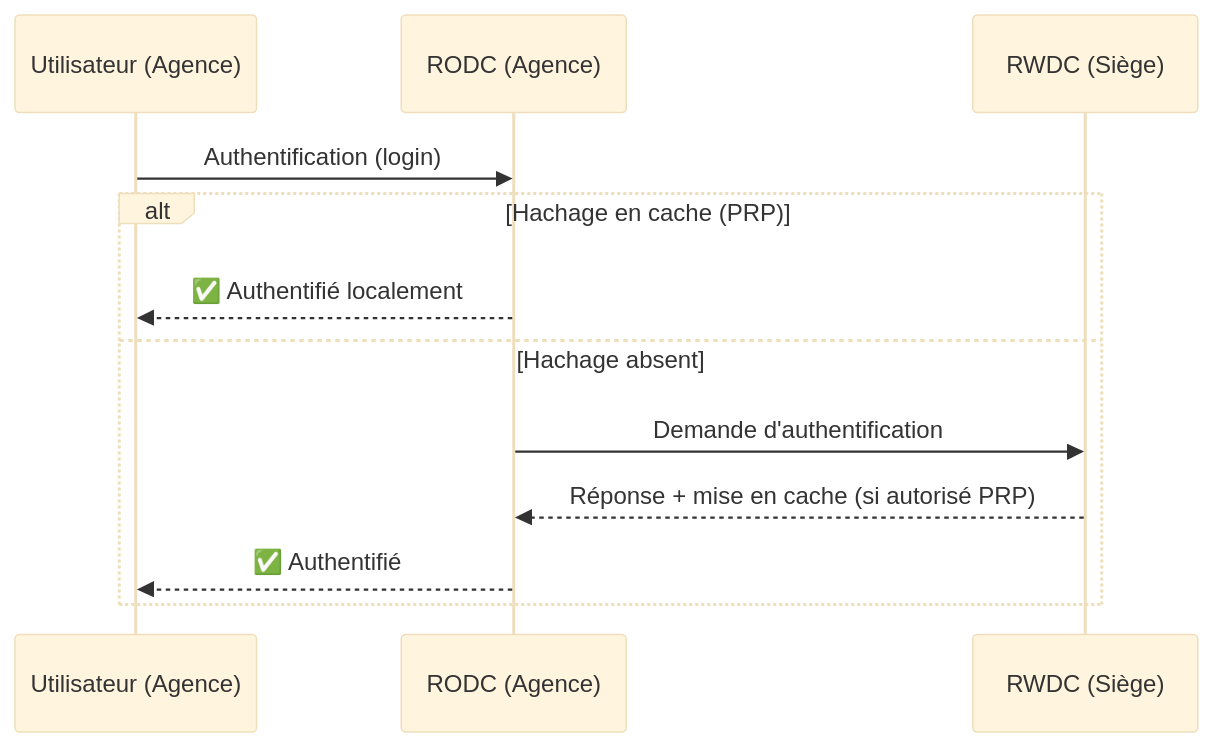
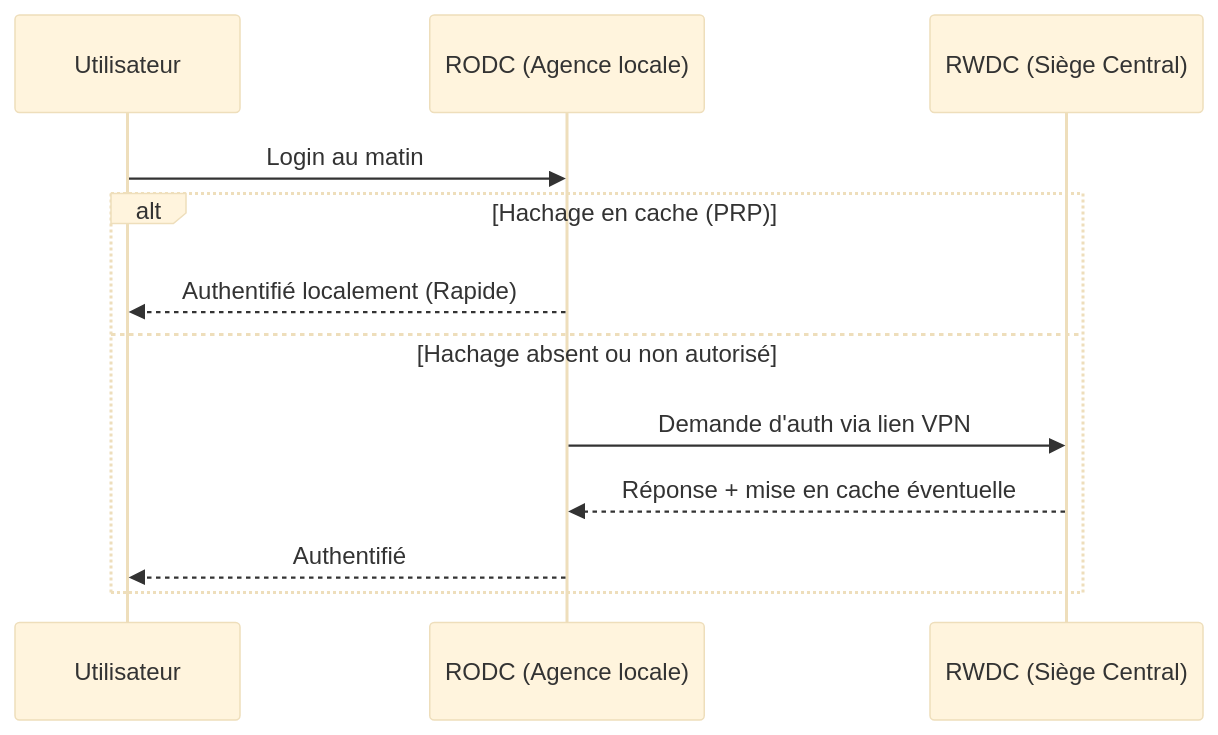
One commit to MontSekai/Documentations changed the diagram in docs/Systeme/OS/ad_types_dc.md. Above: the diagram before and after it, drawn with Mermaid (base theme). The commit also changed other lines of this file and 50 other files, not shown here.

````diff
--- a/docs/Systeme/OS/ad_types_dc.md
+++ b/docs/Systeme/OS/ad_types_dc.md
@@ -41,15 +39,15 @@
 ```mermaid
 sequenceDiagram
-    participant U as Utilisateur (Agence)
-    participant RODC as RODC (Agence)
-    participant RWDC as RWDC (Siège)
+    participant U as Utilisateur
+    participant RODC as RODC (Agence locale)
+    participant RWDC as RWDC (Siège Central)
 
-    U->>RODC: Authentification (login)
+    U->>RODC: Login au matin
     alt Hachage en cache (PRP)
-        RODC-->>U: ✅ Authentifié localement
-    else Hachage absent
-        RODC->>RWDC: Demande d'authentification
-        RWDC-->>RODC: Réponse + mise en cache (si autorisé PRP)
-        RODC-->>U: ✅ Authentifié
+        RODC-->>U: Authentifié localement (Rapide)
+    else Hachage absent ou non autorisé
+        RODC->>RWDC: Demande d'auth via lien VPN
+        RWDC-->>RODC: Réponse + mise en cache éventuelle
+        RODC-->>U: Authentifié
     end
 ```
````
